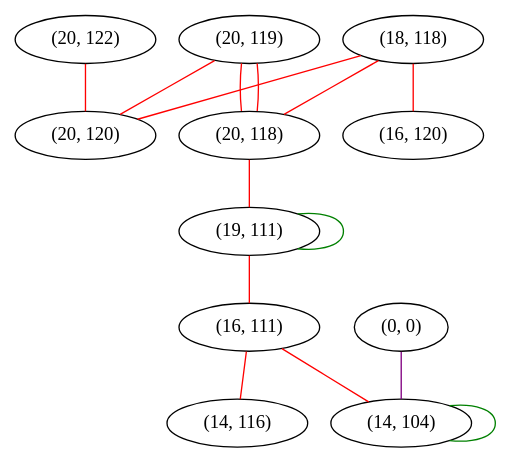
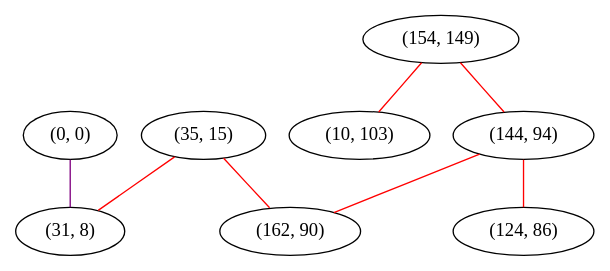
Before and after one commit to FelixMcFelix/sip-for-cv-paper: the diagram in graphviz/hwrt/r-9/train/1724.gv, drawn with Graphviz. The commit also changed 22572 other files, not shown here.

Commit message:
Report changes, more graphs

```diff
--- a/graphviz/hwrt/r-9/train/1724.gv
+++ b/graphviz/hwrt/r-9/train/1724.gv
@@ -1,27 +1,17 @@
 graph "" {
-"(20, 122)";
-"(20, 119)";
-"(18, 118)";
-"(20, 118)";
-"(20, 120)";
-"(19, 111)";
+"(35, 15)";
+"(154, 149)";
 "(0, 0)";
-"(16, 111)";
-"(14, 116)";
-"(16, 120)";
-"(14, 104)";
-"(20, 122)" -- "(20, 120)"  [color=red, key=0, weight=1];
-"(20, 119)" -- "(20, 118)"  [color=red, key=0, weight=1];
-"(20, 119)" -- "(20, 118)"  [color=red, key=1, weight=1];
-"(20, 119)" -- "(20, 120)"  [color=red, key=0, weight=1];
-"(18, 118)" -- "(16, 120)"  [color=red, key=0, weight=1];
-"(18, 118)" -- "(20, 118)"  [color=red, key=0, weight=1];
-"(18, 118)" -- "(20, 120)"  [color=red, key=0, weight=1];
-"(20, 118)" -- "(19, 111)"  [color=red, key=0, weight=1];
-"(19, 111)" -- "(19, 111)"  [color=green, key=0, weight=2];
-"(19, 111)" -- "(16, 111)"  [color=red, key=0, weight=1];
-"(0, 0)" -- "(14, 104)"  [color=purple, key=0, weight=4];
-"(16, 111)" -- "(14, 116)"  [color=red, key=0, weight=1];
-"(16, 111)" -- "(14, 104)"  [color=red, key=0, weight=1];
-"(14, 104)" -- "(14, 104)"  [color=green, key=0, weight=2];
+"(31, 8)";
+"(10, 103)";
+"(144, 94)";
+"(124, 86)";
+"(162, 90)";
+"(35, 15)" -- "(31, 8)"  [color=red, key=0, weight=1];
+"(35, 15)" -- "(162, 90)"  [color=red, key=0, weight=1];
+"(154, 149)" -- "(10, 103)"  [color=red, key=0, weight=1];
+"(154, 149)" -- "(144, 94)"  [color=red, key=0, weight=1];
+"(0, 0)" -- "(31, 8)"  [color=purple, key=0, weight=4];
+"(144, 94)" -- "(124, 86)"  [color=red, key=0, weight=1];
+"(144, 94)" -- "(162, 90)"  [color=red, key=0, weight=1];
 }
```
